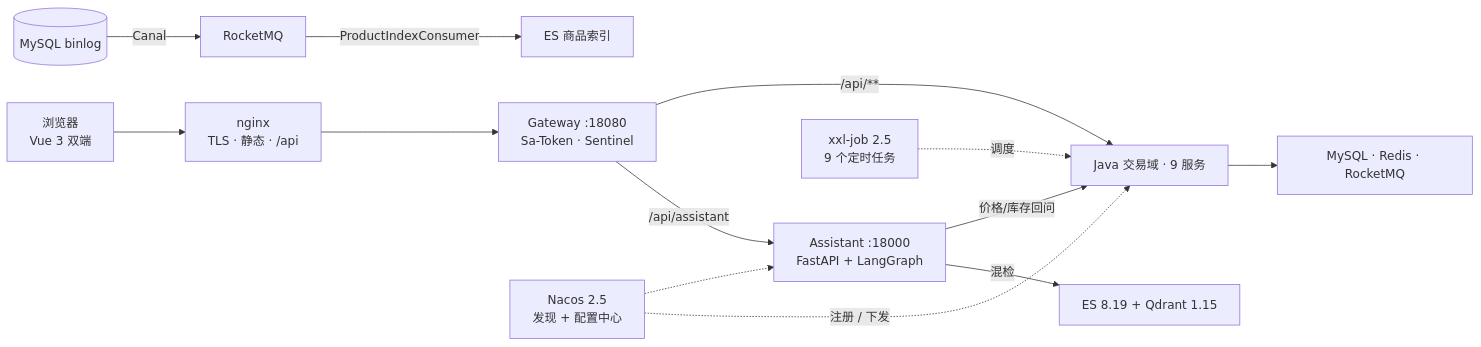
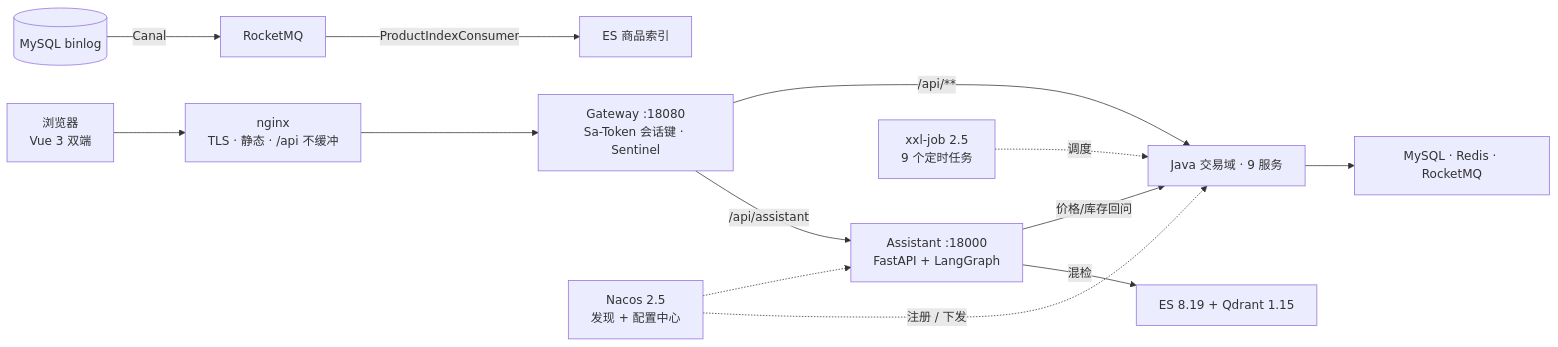
The diagram in README.md (LittleSongxx/ParingBot), drawn with Mermaid before and after one commit. The commit also changed other lines of this file and 4 other files, not shown here.

````diff
--- a/README.md
+++ b/README.md
@@ -138,14 +138,14 @@
 ```mermaid
 flowchart LR
-  B["浏览器<br/>Vue 3 双端"] --> N["nginx<br/>TLS · 静态 · /api"]
-  N --> G["Gateway :18080<br/>Sa-Token · Sentinel"]
+  B["浏览器<br/>Vue 3 双端"] --> N["nginx<br/>TLS · 静态 · /api 不缓冲"]
+  N --> G["Gateway :18080<br/>Sa-Token 会话键 · Sentinel"]
   G -->|/api/assistant| A["Assistant :18000<br/>FastAPI + LangGraph"]
   G -->|/api/**| J["Java 交易域 · 9 服务"]
   A -->|混检| R["ES 8.19 + Qdrant 1.15"]
   A -->|价格/库存回问| J
   J --> D["MySQL · Redis · RocketMQ"]
   M[("MySQL binlog")] -->|Canal| Q["RocketMQ"] -->|ProductIndexConsumer| E["ES 商品索引"]
   X["xxl-job 2.5<br/>9 个定时任务"] -.->|调度| J
   C["Nacos 2.5<br/>发现 + 配置中心"] -.->|注册 / 下发| J
   C -.-> A
 ```
````
